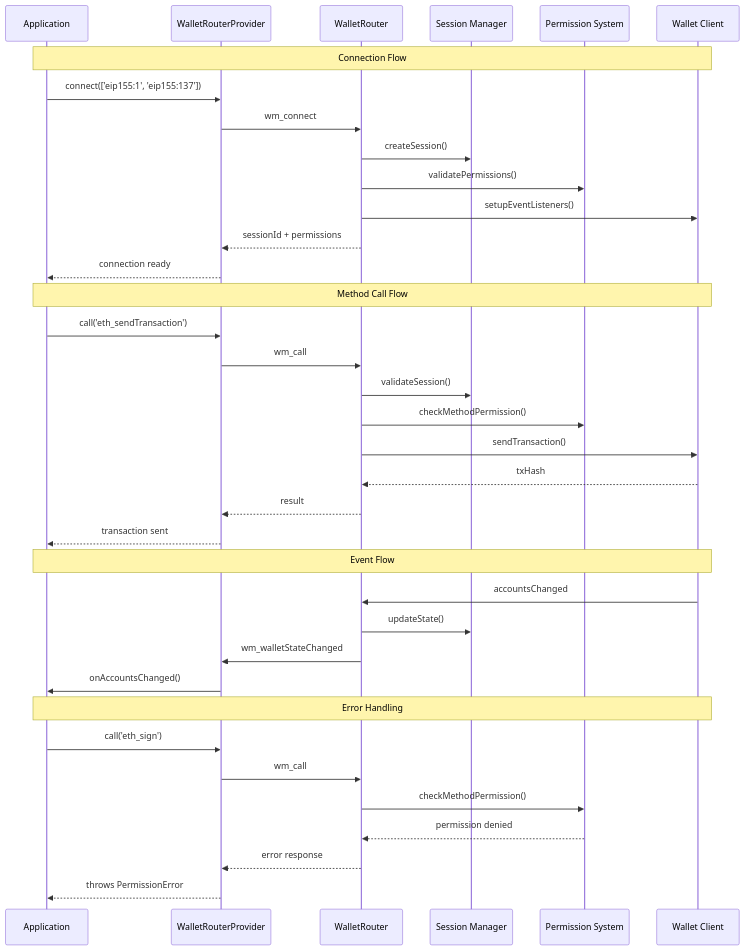
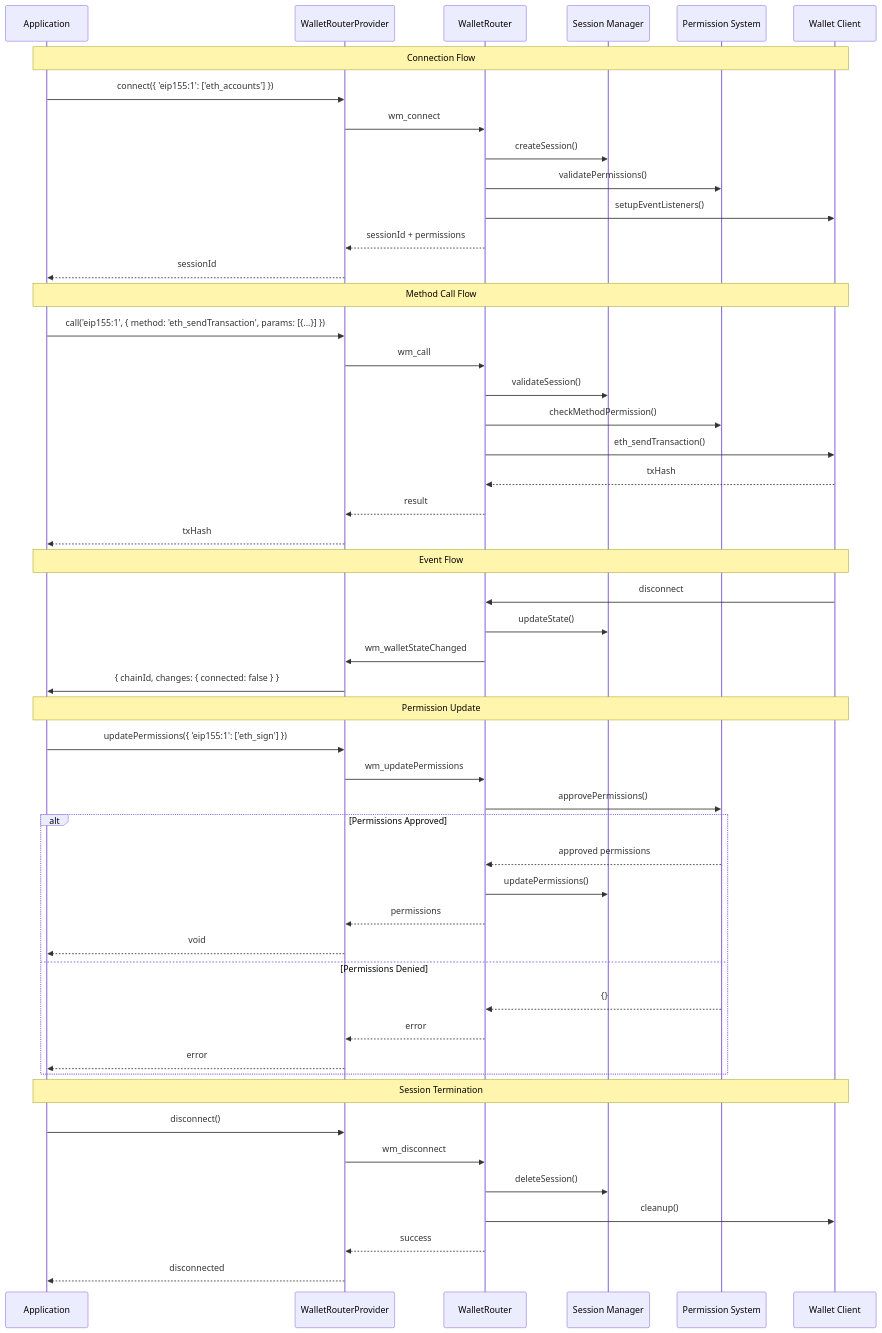
Before and after one commit to WalletMesh/walletmesh-packages: the second of 2 diagrams in packages/router/README.md, drawn with Mermaid. The commit also changed other lines of this file and 35 other files, not shown here.

First line of the commit message:
refactor(jsonrpc,router)!: enhance type safety and modularize architecture

````diff
--- a/packages/router/README.md
+++ b/packages/router/README.md
@@ -156,42 +118,57 @@
 ```mermaid
 sequenceDiagram
     participant App as Application
     participant Provider as WalletRouterProvider
     participant Router as WalletRouter
     participant Session as Session Manager
     participant Perms as Permission System
     participant Wallet as Wallet Client
 
     Note over App,Wallet: Connection Flow
-    App->>Provider: connect(['eip155:1', 'eip155:137'])
+    App->>Provider: connect({ 'eip155:1': ['eth_accounts'] })
     Provider->>Router: wm_connect
     Router->>Session: createSession()
     Router->>Perms: validatePermissions()
     Router->>Wallet: setupEventListeners()
     Router-->>Provider: sessionId + permissions
-    Provider-->>App: connection ready
+    Provider-->>App: sessionId
 
     Note over App,Wallet: Method Call Flow
-    App->>Provider: call('eth_sendTransaction')
+    App->>Provider: call('eip155:1', { method: 'eth_sendTransaction', params: [{...}] })
     Provider->>Router: wm_call
     Router->>Session: validateSession()
     Router->>Perms: checkMethodPermission()
-    Router->>Wallet: sendTransaction()
+    Router->>Wallet: eth_sendTransaction()
     Wallet-->>Router: txHash
     Router-->>Provider: result
-    Provider-->>App: transaction sent
+    Provider-->>App: txHash
 
     Note over App,Wallet: Event Flow
-    Wallet->>Router: accountsChanged
+    Wallet->>Router: disconnect
     Router->>Session: updateState()
     Router->>Provider: wm_walletStateChanged
-    Provider->>App: onAccountsChanged()
+    Provider->>App: { chainId, changes: { connected: false } }
 
-    Note over App,Wallet: Error Handling
-    App->>Provider: call('eth_sign')
-    Provider->>Router: wm_call
-    Router->>Perms: checkMethodPermission()
-    Perms-->>Router: permission denied
-    Router-->>Provider: error response
-    Provider-->>App: throws PermissionError
+    Note over App,Wallet: Permission Update
+    App->>Provider: updatePermissions({ 'eip155:1': ['eth_sign'] })
+    Provider->>Router: wm_updatePermissions
+    Router->>Perms: approvePermissions()
+    alt Permissions Approved
+        Perms-->>Router: approved permissions
+        Router->>Session: updatePermissions()
+        Router-->>Provider: permissions
+        Provider-->>App: void
+    else Permissions Denied
+        Perms-->>Router: {}
+        Router-->>Provider: error
+        Provider-->>App: error
+    end
+
+    Note over App,Wallet: Session Termination
+    App->>Provider: disconnect()
+    Provider->>Router: wm_disconnect
+    Router->>Session: deleteSession()
+    Router->>Wallet: cleanup()
+    Router-->>Provider: success
+    Provider-->>App: disconnected
 ```
````
